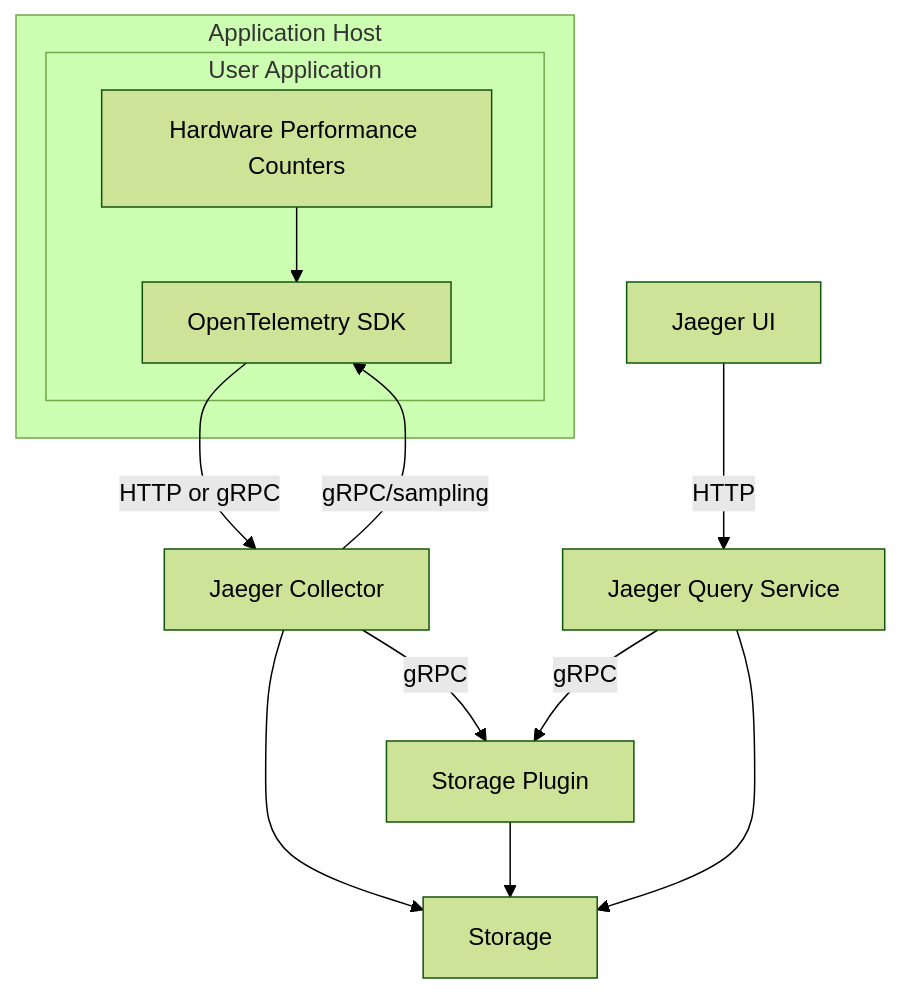
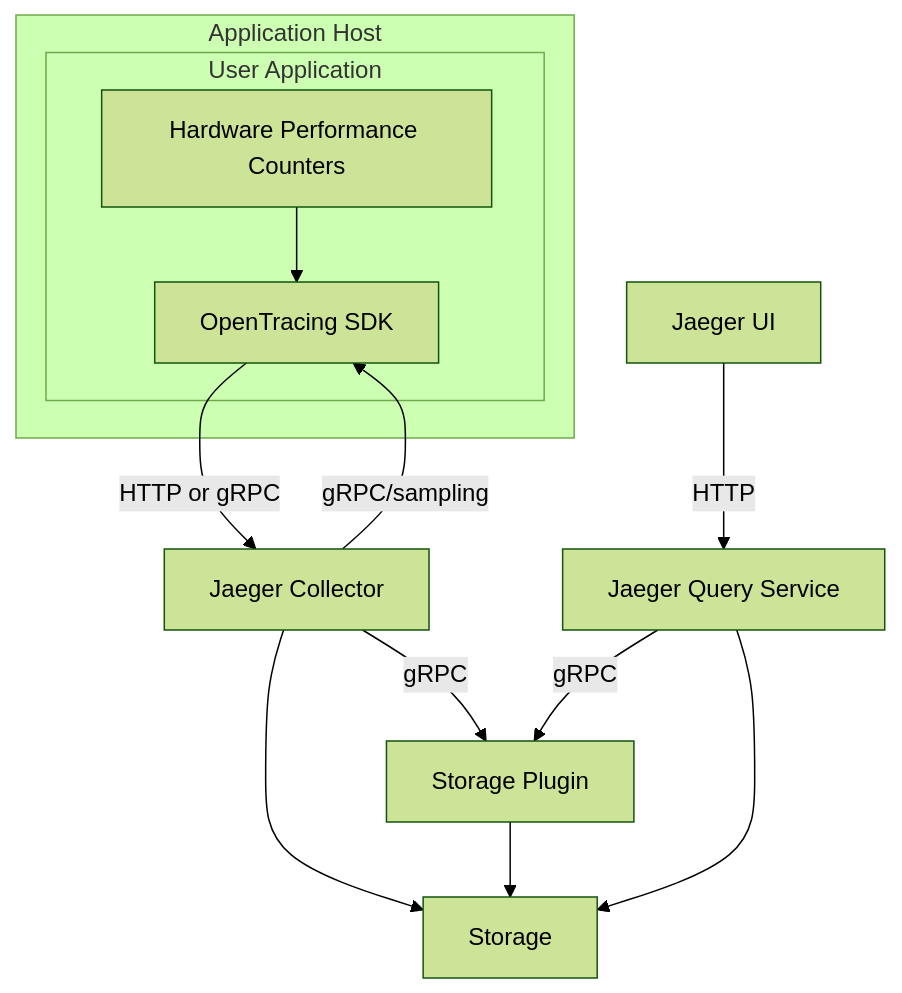
The diagram in figures/src/overview.mmd (frknsrky/capturing-machine-level-metrics), drawn with Mermaid (forest theme) before and after one commit.

```diff
--- a/figures/src/overview.mmd
+++ b/figures/src/overview.mmd
@@ -1,17 +1,17 @@
 graph TD
-    HPC["Hardware Performance Counters"]--> SDK["OpenTelemetry SDK"]
+    HPC["Hardware Performance Counters"]--> SDK["OpenTracing SDK"]
     SDK --> |HTTP or gRPC| COLLECTOR
     COLLECTOR["Jaeger Collector"] --> STORE[Storage]
     COLLECTOR --> |gRPC| PLUGIN[Storage Plugin]
     COLLECTOR --> |gRPC/sampling| SDK
     PLUGIN --> STORE
     QUERY[Jaeger Query Service] --> STORE
     QUERY --> |gRPC| PLUGIN
     UI[Jaeger UI] --> |HTTP| QUERY
 
     subgraph Application Host
         subgraph User Application
             HPC
             SDK
         end
     end
```
